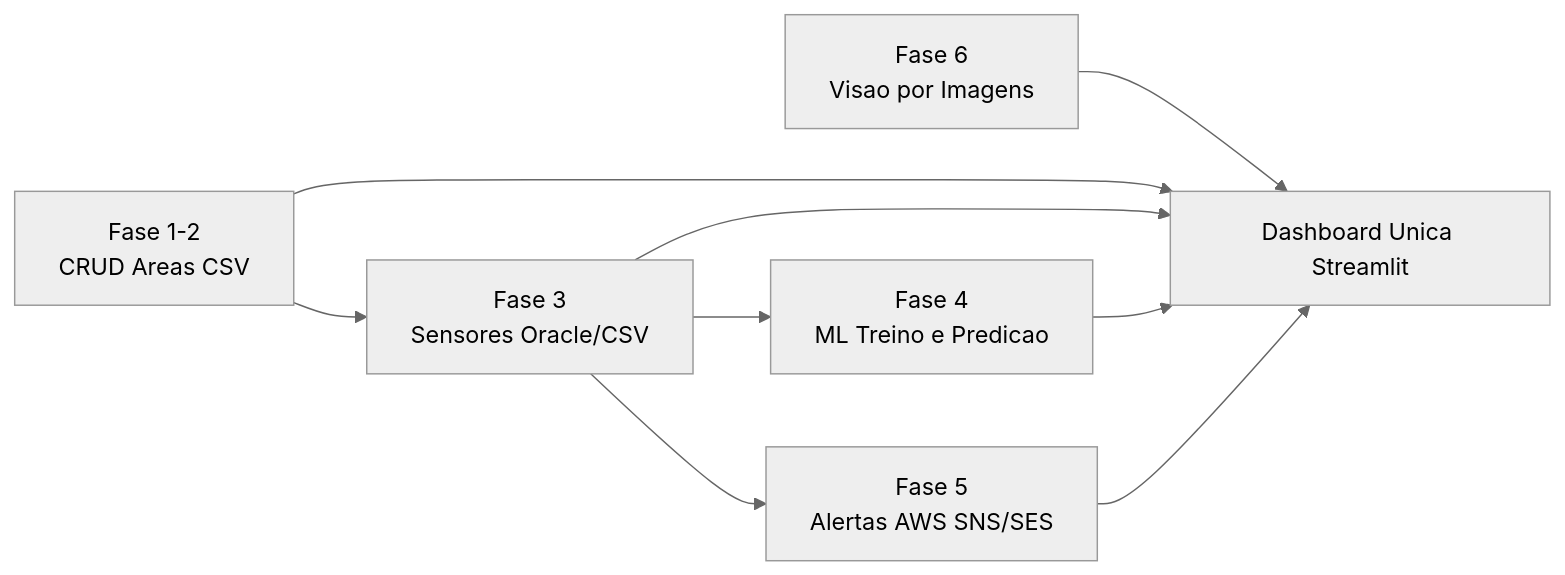
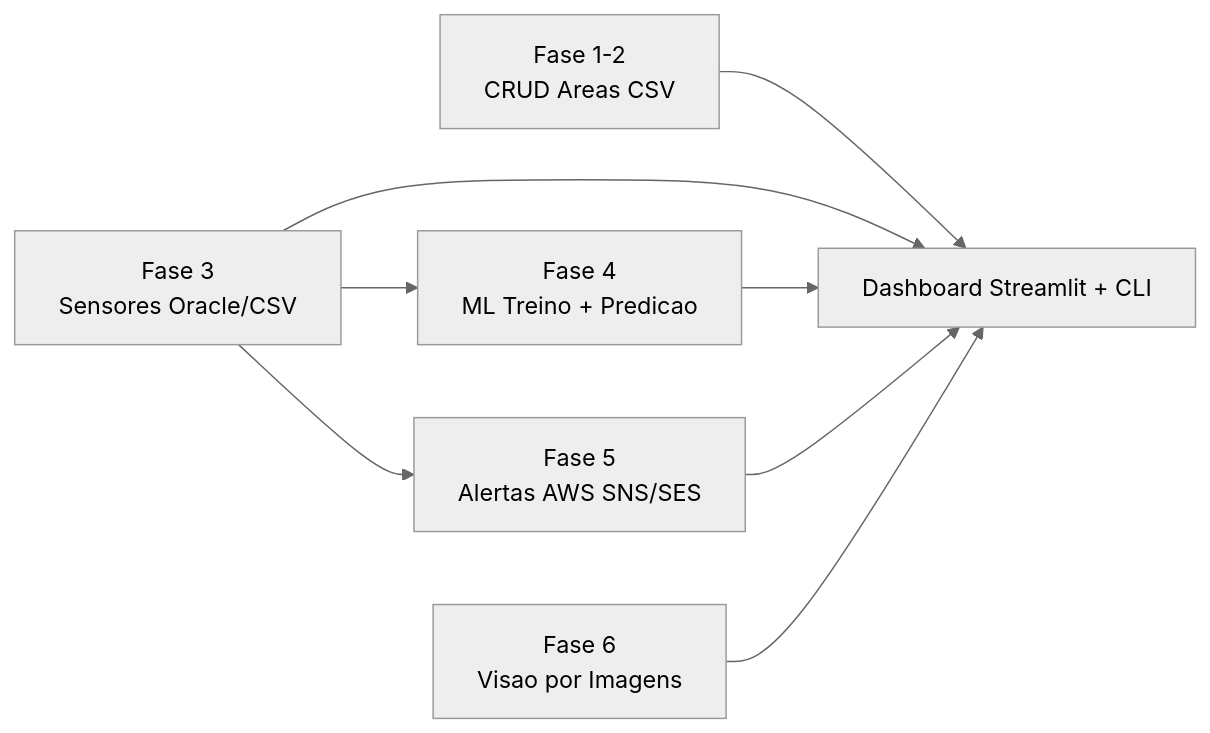
Before and after one commit to Phemassa/Cap1_Consolida_sistema: the diagram in README.md, drawn with Mermaid (neutral theme). The commit also changed other lines of this file and 3 other files, not shown here.

````diff
--- a/README.md
+++ b/README.md
@@ -45,11 +99,10 @@
 ```mermaid
 flowchart LR
-  A[Fase 1-2<br/>CRUD Areas CSV] --> B[Fase 3<br/>Sensores Oracle/CSV]
-  B --> C[Fase 4<br/>ML Treino e Predicao]
-  B --> D[Fase 5<br/>Alertas AWS SNS/SES]
-  E[Fase 6<br/>Visao por Imagens] --> F[Dashboard Unica Streamlit]
-  A --> F
-  B --> F
-  C --> F
-  D --> F
+  A[Fase 1-2<br/>CRUD Areas CSV] --> F[Dashboard Streamlit + CLI]
+  B[Fase 3<br/>Sensores Oracle/CSV] --> F
+  C[Fase 4<br/>ML Treino + Predicao] --> F
+  D[Fase 5<br/>Alertas AWS SNS/SES] --> F
+  E[Fase 6<br/>Visao por Imagens] --> F
+  B --> C
+  B --> D
 ```
````
